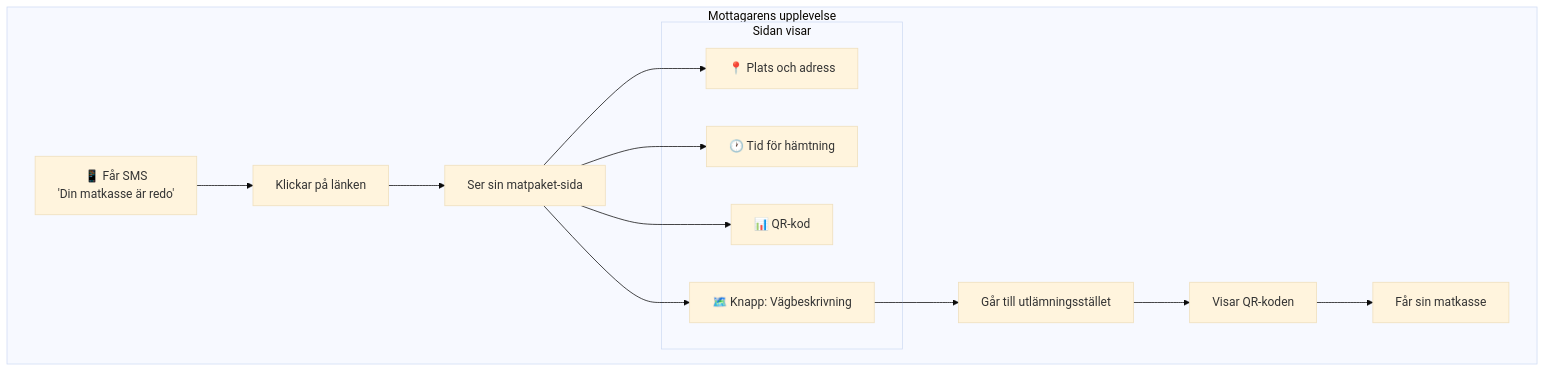
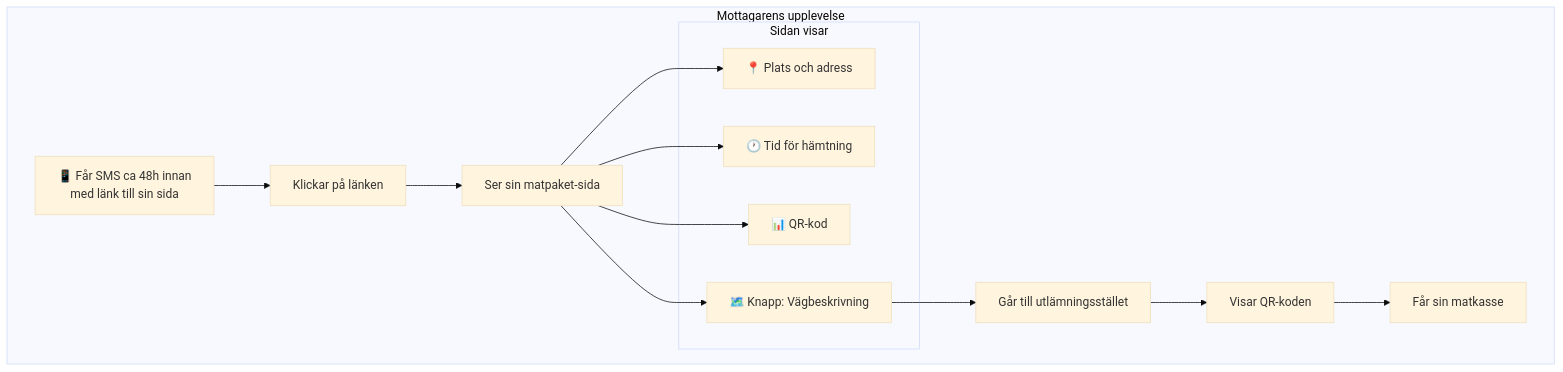
One commit to Vasteras-Stadsmission/matkassen changed the fifth of 5 diagrams in docs/anvandarguide-sv.md. Above: the diagram before and after it, drawn with Mermaid (base theme). The commit also changed other lines of this file, not shown here.

````diff
--- a/docs/anvandarguide-sv.md
+++ b/docs/anvandarguide-sv.md
@@ -185,27 +183,27 @@
 ```mermaid
 flowchart TD
     subgraph Mottagarens upplevelse
-        R1["📱 Får SMS<br/>'Din matkasse är redo'"]
+        R1["📱 Får SMS ca 48h innan<br/>med länk till sin sida"]
         R2["Klickar på länken"]
         R3["Ser sin matpaket-sida"]
 
         subgraph Sidan visar
             I1["📍 Plats och adress"]
             I2["🕐 Tid för hämtning"]
             I3["📊 QR-kod"]
             I4["🗺️ Knapp: Vägbeskrivning"]
         end
 
         R1 --> R2 --> R3
         R3 --> I1
         R3 --> I2
         R3 --> I3
         R3 --> I4
 
         R4["Går till utlämningsstället"]
         R5["Visar QR-koden"]
         R6["Får sin matkasse"]
 
         I4 --> R4 --> R5 --> R6
     end
 ```
````
